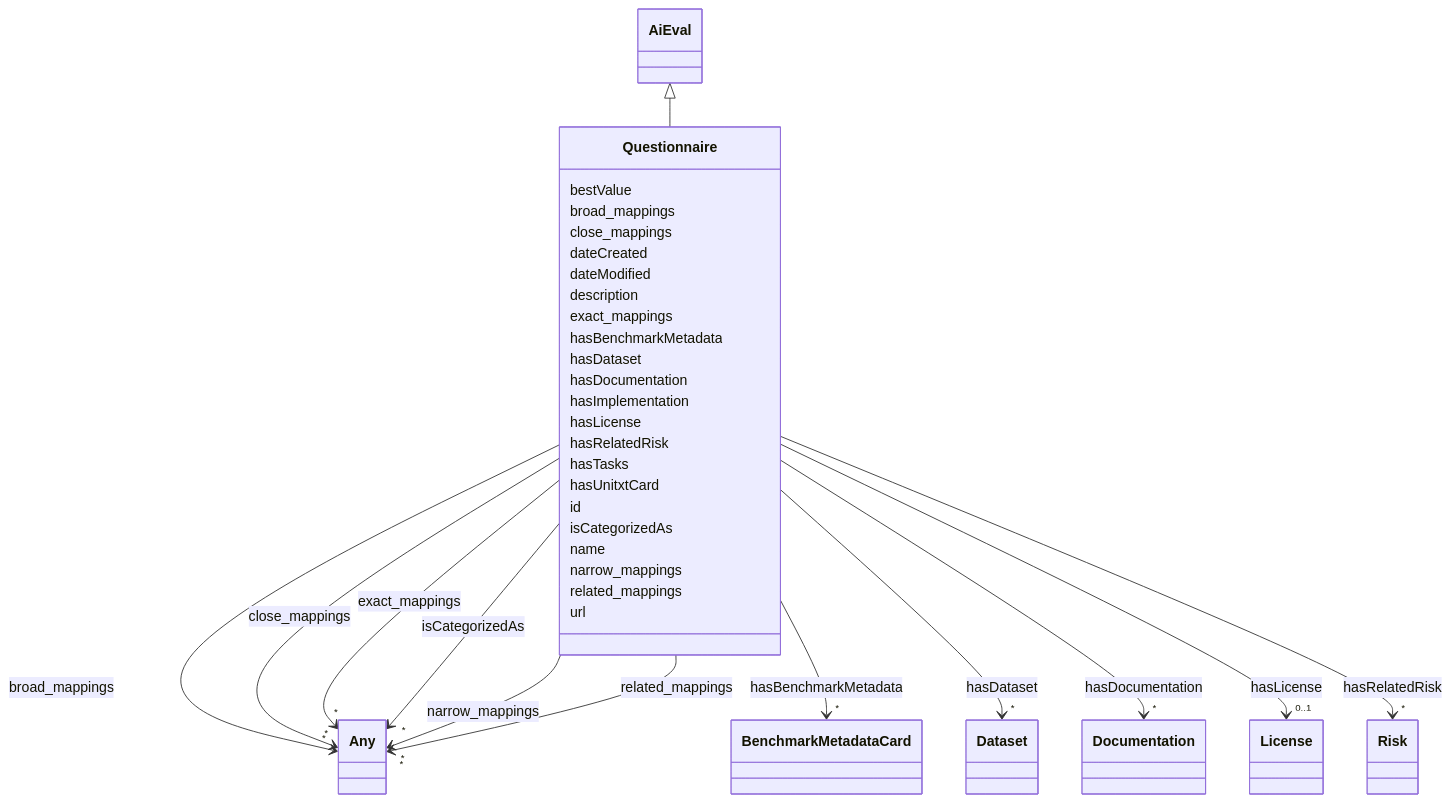
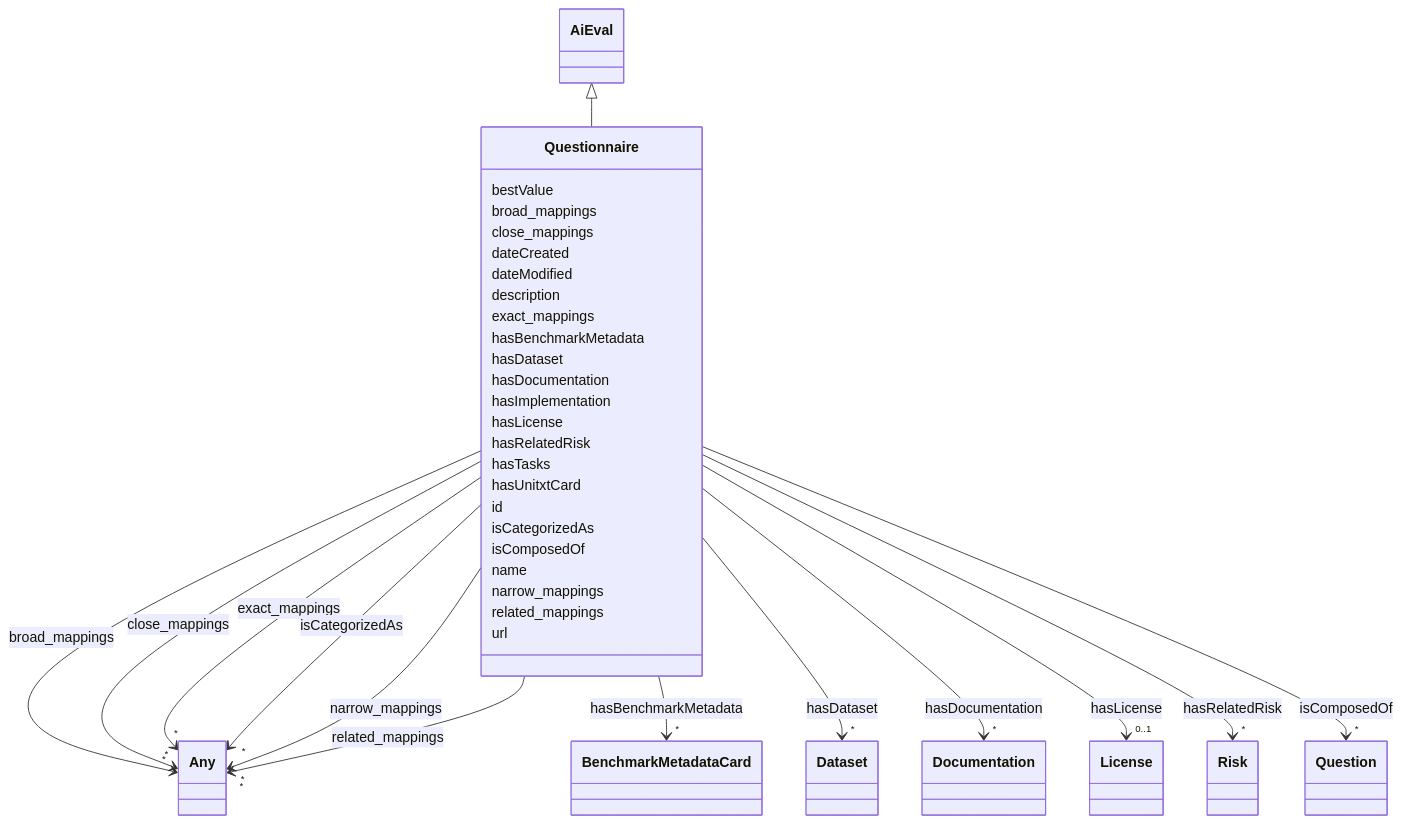
The diagram in docs/ontology/Questionnaire.md (ingelise/risk-atlas-nexus), drawn with Mermaid before and after one commit. The commit also changed other lines of this file and 340 other files, not shown here.

```diff
--- a/docs/ontology/Questionnaire.md
+++ b/docs/ontology/Questionnaire.md
@@ -126,6 +133,17 @@
 
 
 
+      Questionnaire : isComposedOf
+
+
+
+
+
+        Questionnaire --> "*" Question : isComposedOf
+        click Question href "../Question/"
+
+
+
       Questionnaire : name
 
       Questionnaire : narrow_mappings
```
